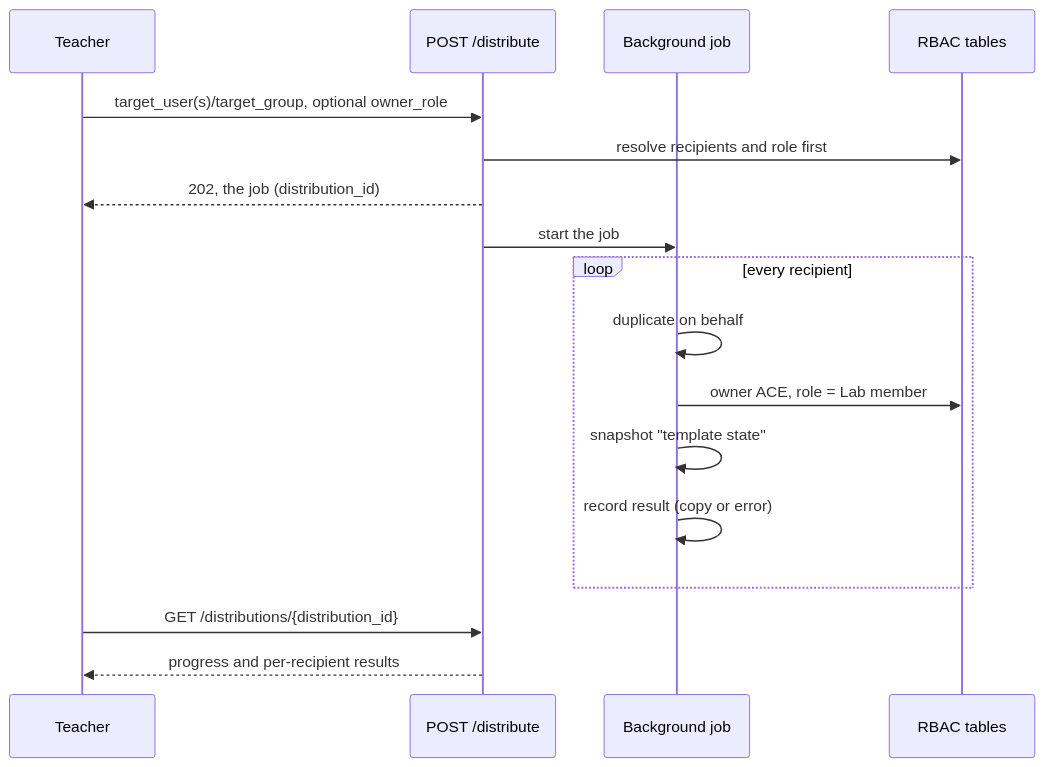
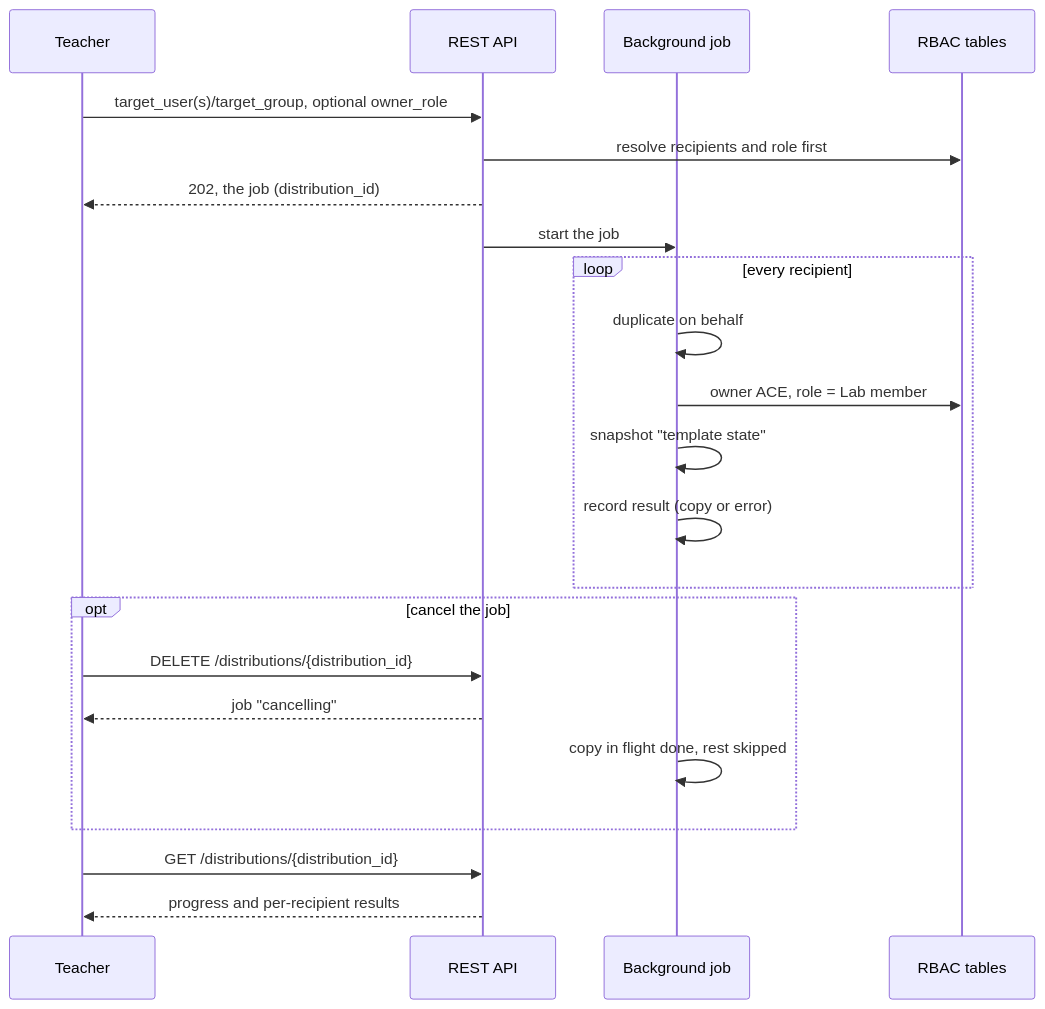
Before and after one commit to yueguobin/gns3-server: the second of 2 diagrams in docs/features/project-distribution.md, drawn with Mermaid. The commit also changed other lines of this file and 5 other files, not shown here.

First line of the commit message:
Cancel a running project distribution

````diff
--- a/docs/features/project-distribution.md
+++ b/docs/features/project-distribution.md
@@ -48,19 +48,24 @@
 ```mermaid
 sequenceDiagram
     participant T as Teacher
-    participant API as POST /distribute
+    participant API as REST API
     participant J as Background job
     participant R as RBAC tables
     T->>API: target_user(s)/target_group, optional owner_role
     API->>R: resolve recipients and role first
     API-->>T: 202, the job (distribution_id)
     API->>J: start the job
     loop every recipient
         J->>J: duplicate on behalf
         J->>R: owner ACE, role = Lab member
         J->>J: snapshot "template state"
         J->>J: record result (copy or error)
     end
+    opt cancel the job
+        T->>API: DELETE /distributions/{distribution_id}
+        API-->>T: job "cancelling"
+        J->>J: copy in flight done, rest skipped
+    end
     T->>API: GET /distributions/{distribution_id}
     API-->>T: progress and per-recipient results
 ```
````
